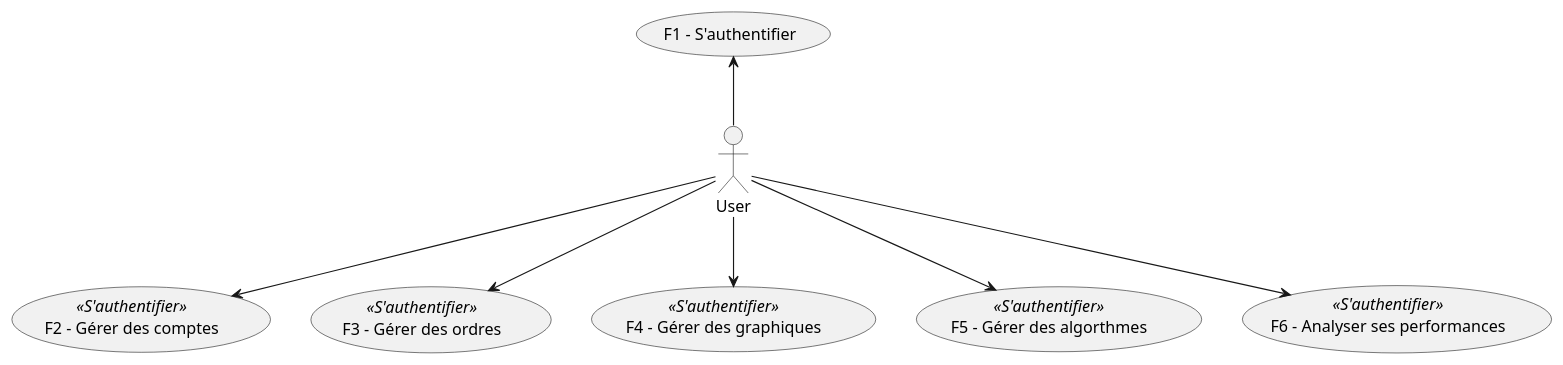
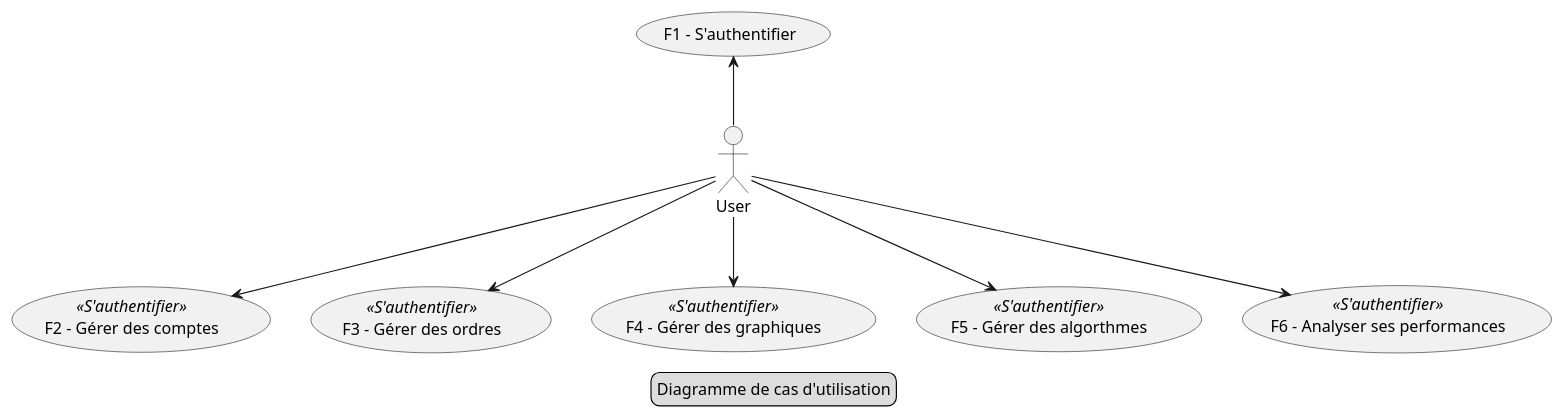
The diagram in dev-docs/specs/fonctionnelles/sfgenerales.adoc (traderbook/documentation), drawn with PlantUML before and after one commit.

Commit message:
Légende ajoutée au diagramme usecase

```diff
--- a/dev-docs/specs/fonctionnelles/sfgenerales.adoc
+++ b/dev-docs/specs/fonctionnelles/sfgenerales.adoc
@@ -76,15 +76,19 @@
 [plantuml, diagram-usecase, png]
 ....
+legend
+Diagramme de cas d'utilisation
+endlegend
+
 (F2 - Gérer des comptes) << S'authentifier >>
 (F3 - Gérer des ordres) << S'authentifier >>
 (F4 - Gérer des graphiques) << S'authentifier >>
 (F5 - Gérer des algorthmes) << S'authentifier >>
 (F6 - Analyser ses performances) << S'authentifier >>
 
 User -up-> (F1 - S'authentifier)
 User --> (F2 - Gérer des comptes)
 User --> (F3 - Gérer des ordres)
 User --> (F4 - Gérer des graphiques)
 User --> (F5 - Gérer des algorthmes)
 User --> (F6 - Analyser ses performances)
 ....
```
